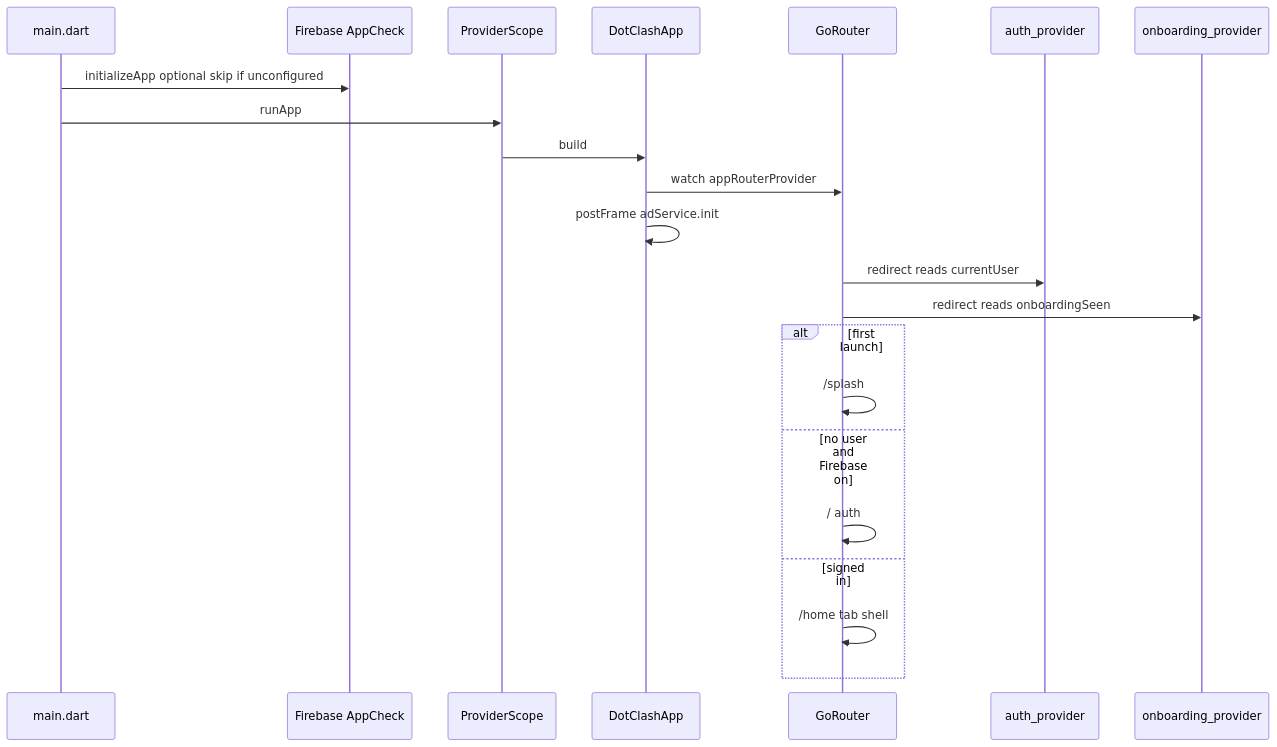
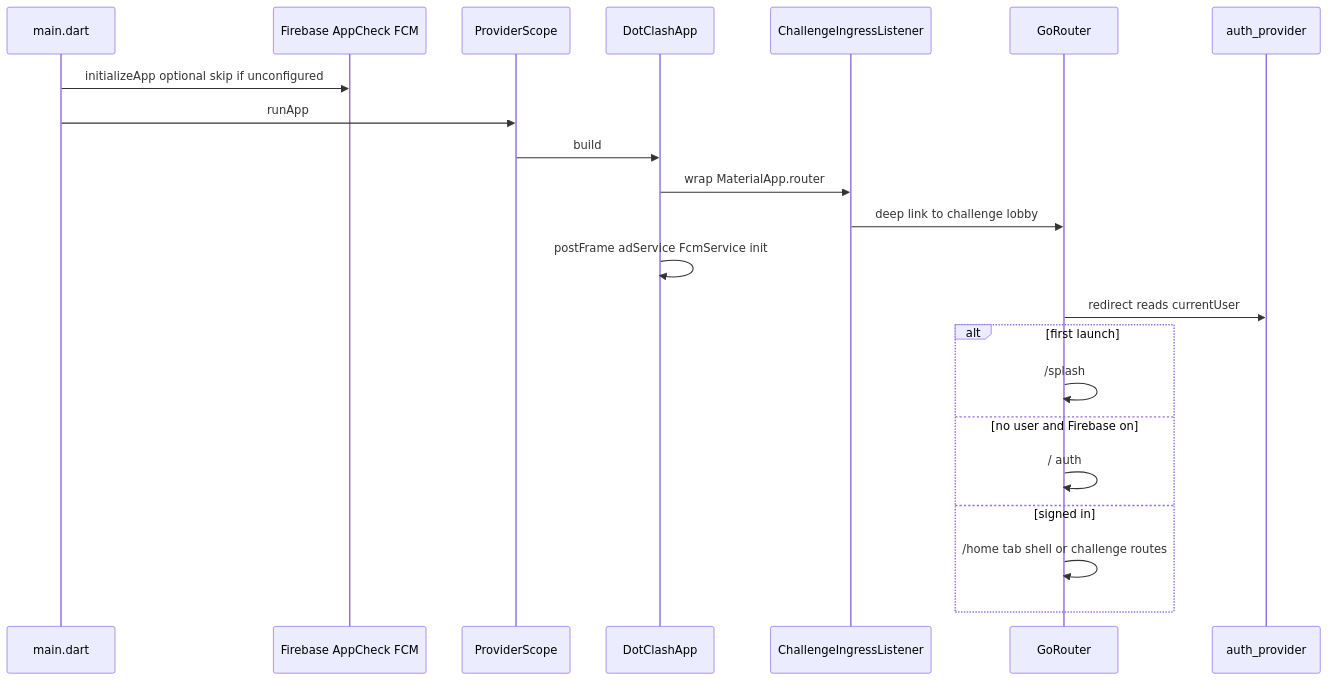
The second of 10 diagrams in docs/architecture.md (vividmemories-games/Dot_Clash), drawn with Mermaid before and after one commit. The commit also changed other lines of this file and 13 other files, not shown here.

````diff
--- a/docs/architecture.md
+++ b/docs/architecture.md
@@ -85,25 +115,25 @@
 ```mermaid
 sequenceDiagram
   participant Main as main.dart
-  participant FB as Firebase AppCheck
+  participant FB as Firebase AppCheck FCM
   participant Scope as ProviderScope
   participant App as DotClashApp
+  participant Ingress as ChallengeIngressListener
   participant Router as GoRouter
   participant Auth as auth_provider
-  participant Onboard as onboarding_provider
 
   Main->>FB: initializeApp optional skip if unconfigured
   Main->>Scope: runApp
   Scope->>App: build
-  App->>Router: watch appRouterProvider
-  App->>App: postFrame adService.init
+  App->>Ingress: wrap MaterialApp.router
+  Ingress->>Router: deep link to challenge lobby
+  App->>App: postFrame adService FcmService init
   Router->>Auth: redirect reads currentUser
-  Router->>Onboard: redirect reads onboardingSeen
   alt first launch
     Router->>Router: /splash
   else no user and Firebase on
     Router->>Router: / auth
   else signed in
-    Router->>Router: /home tab shell
+    Router->>Router: /home tab shell or challenge routes
   end
 ```
````
